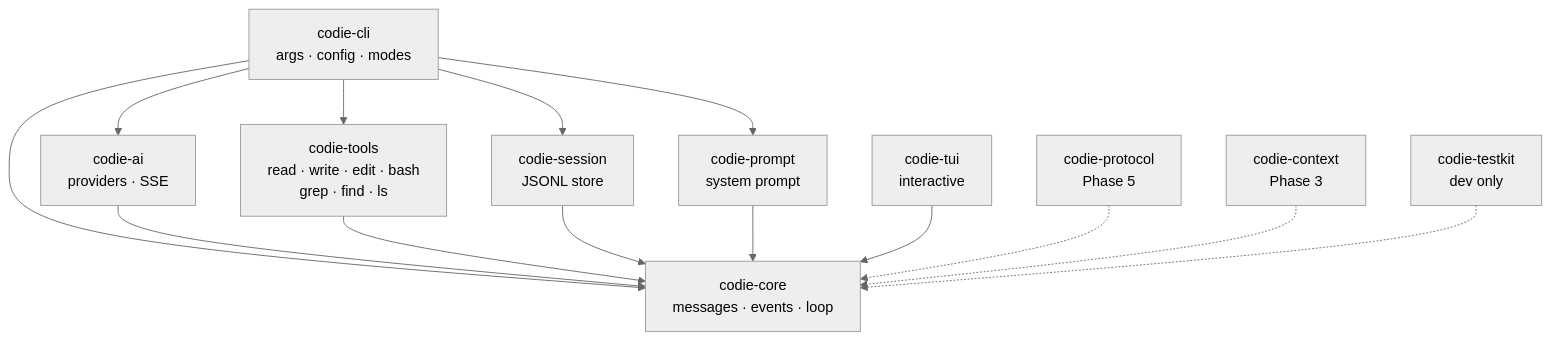
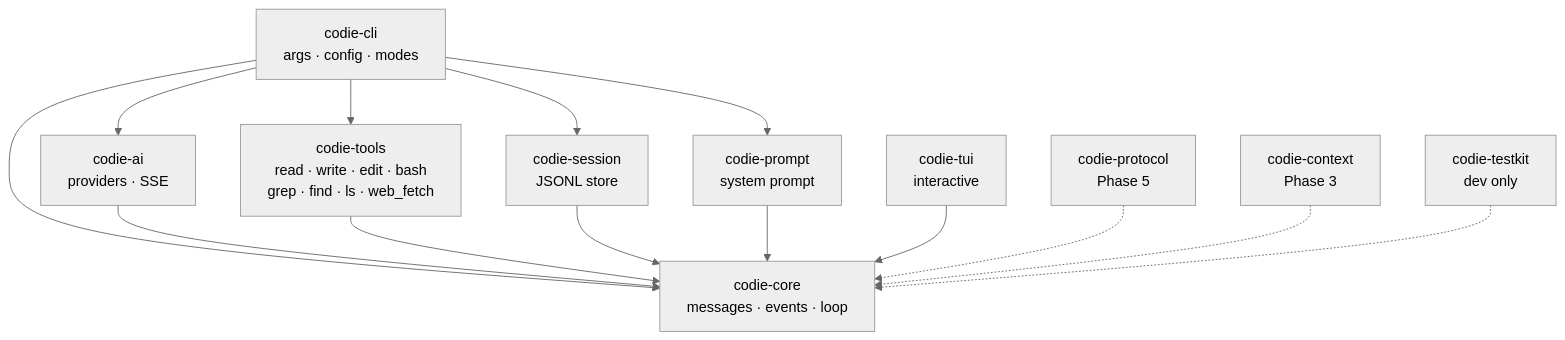
One commit to amardeepio/codie changed the second of 2 diagrams in README.md. Above: the diagram before and after it, drawn with Mermaid (neutral theme). The commit also changed other lines of this file and 45 other files, not shown here.

````diff
--- a/README.md
+++ b/README.md
@@ -65,31 +66,31 @@
 ```mermaid
 flowchart TD
     CLI["codie-cli<br/>args · config · modes"]
 
     CORE["codie-core<br/>messages · events · loop"]
     AI["codie-ai<br/>providers · SSE"]
-    TOOLS["codie-tools<br/>read · write · edit · bash<br/>grep · find · ls"]
+    TOOLS["codie-tools<br/>read · write · edit · bash<br/>grep · find · ls · web_fetch"]
     SESSION["codie-session<br/>JSONL store"]
     PROMPT["codie-prompt<br/>system prompt"]
 
     TUI["codie-tui<br/>interactive"]
     PROTO["codie-protocol<br/>Phase 5"]
     CONTEXT["codie-context<br/>Phase 3"]
 
     CLI --> CORE
     CLI --> AI
     CLI --> TOOLS
     CLI --> SESSION
     CLI --> PROMPT
 
     AI --> CORE
     TOOLS --> CORE
     SESSION --> CORE
     PROMPT --> CORE
 
     TUI --> CORE
     PROTO -.-> CORE
     CONTEXT -.-> CORE
 
     TESTKIT["codie-testkit<br/>dev only"] -.-> CORE
 ```
````
